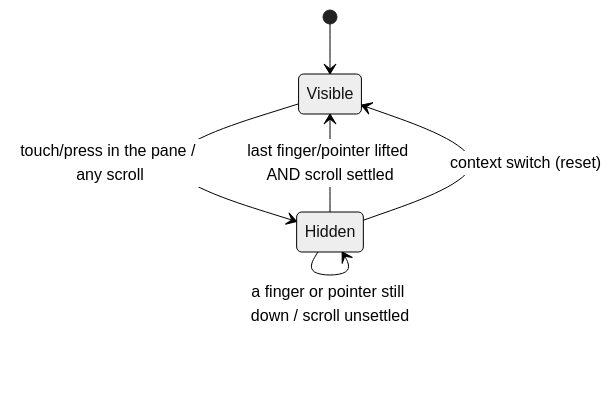
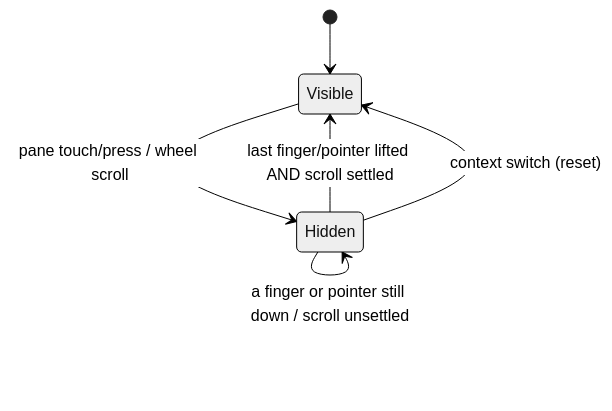
The first of 9 diagrams in docs/dashboard-views.md (oncloudnintynineone-source/cloudy2), drawn with Mermaid (neutral theme) before and after one commit. The commit also changed other lines of this file and 6 other files, not shown here.

````diff
--- a/docs/dashboard-views.md
+++ b/docs/dashboard-views.md
@@ -340,8 +353,8 @@
    ```mermaid
    stateDiagram-v2
      [*] --> Visible
-     Visible --> Hidden : touch/press in the pane / any scroll
+     Visible --> Hidden : pane touch/press / wheel scroll
      Hidden --> Hidden : a finger or pointer still down / scroll unsettled
       Hidden --> Visible : last finger/pointer lifted AND scroll settled
       Hidden --> Visible : context switch (reset)
    ```
````
